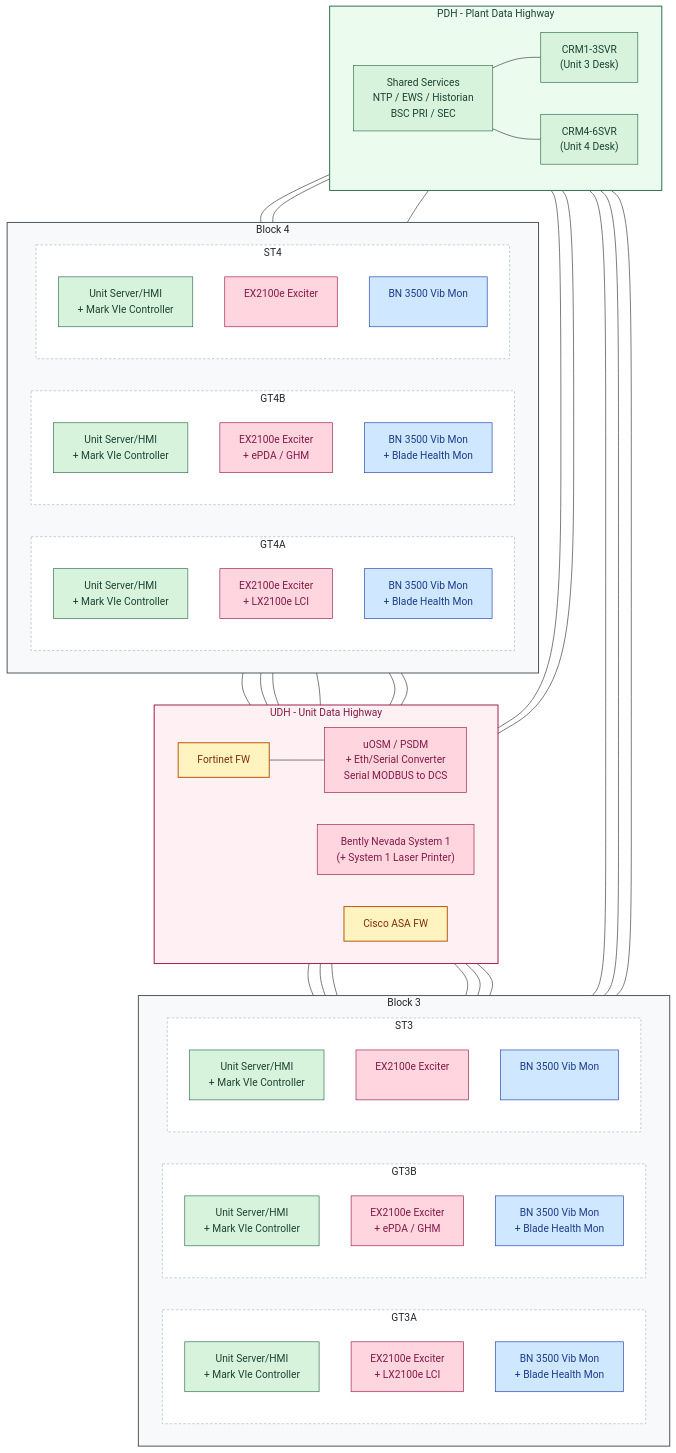
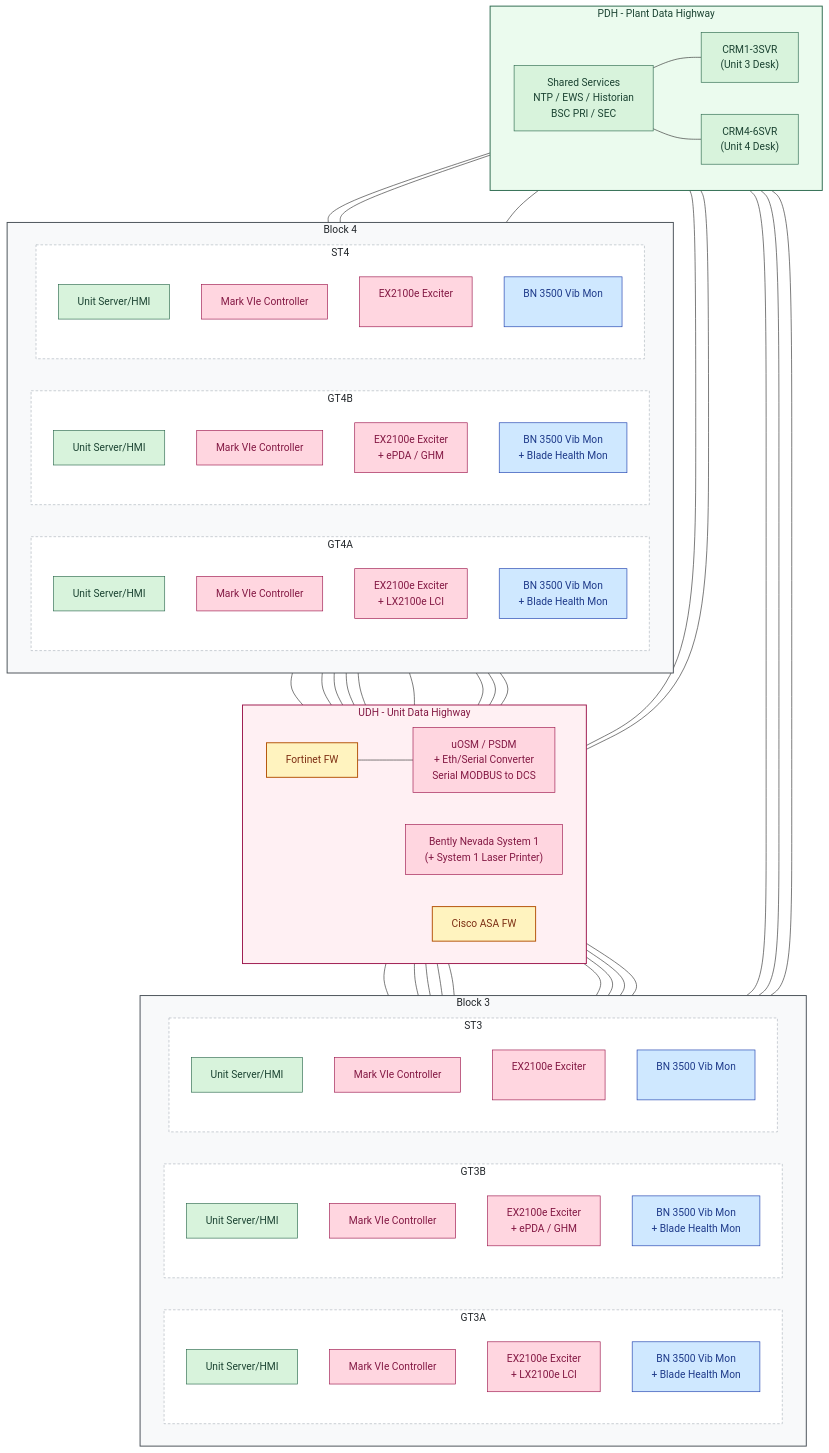
Before and after one commit to polittba/MV-BESS: the first of 2 diagrams in docs-MVOverallControls/MV-Baseline-Mark VIe TC.md, drawn with Mermaid. The commit also changed other lines of this file, not shown here.

First line of the commit message:
docs(MVOverallControls): refine GE Mark VIe TC baseline

```diff
--- a/docs-MVOverallControls/MV-Baseline-Mark VIe TC.md
+++ b/docs-MVOverallControls/MV-Baseline-Mark VIe TC.md
@@ -78,19 +78,22 @@
         direction LR
         subgraph GT3A["GT3A"]
             direction TB
-            GT3A_HMI["Unit Server/HMI<br/>+ Mark VIe Controller"]
+            GT3A_HMI["Unit Server/HMI"]
+            GT3A_MK["Mark VIe Controller"]
             GT3A_EXC["EX2100e Exciter<br/>+ LX2100e LCI"]
             GT3A_BN["BN 3500 Vib Mon<br/>+ Blade Health Mon"]
         end
         subgraph GT3B["GT3B"]
             direction TB
-            GT3B_HMI["Unit Server/HMI<br/>+ Mark VIe Controller"]
+            GT3B_HMI["Unit Server/HMI"]
+            GT3B_MK["Mark VIe Controller"]
             GT3B_EXC["EX2100e Exciter<br/>+ ePDA / GHM"]
             GT3B_BN["BN 3500 Vib Mon<br/>+ Blade Health Mon"]
         end
         subgraph ST3["ST3"]
             direction TB
-            ST3_HMI["Unit Server/HMI<br/>+ Mark VIe Controller"]
+            ST3_HMI["Unit Server/HMI"]
+            ST3_MK["Mark VIe Controller"]
             ST3_EXC["EX2100e Exciter<br/>&nbsp;"]
             ST3_BN["BN 3500 Vib Mon<br/>&nbsp;"]
         end
@@ -110,19 +113,22 @@
         direction LR
         subgraph GT4A["GT4A"]
             direction TB
-            GT4A_HMI["Unit Server/HMI<br/>+ Mark VIe Controller"]
+            GT4A_HMI["Unit Server/HMI"]
+            GT4A_MK["Mark VIe Controller"]
             GT4A_EXC["EX2100e Exciter<br/>+ LX2100e LCI"]
             GT4A_BN["BN 3500 Vib Mon<br/>+ Blade Health Mon"]
         end
         subgraph GT4B["GT4B"]
             direction TB
-            GT4B_HMI["Unit Server/HMI<br/>+ Mark VIe Controller"]
+            GT4B_HMI["Unit Server/HMI"]
+            GT4B_MK["Mark VIe Controller"]
             GT4B_EXC["EX2100e Exciter<br/>+ ePDA / GHM"]
             GT4B_BN["BN 3500 Vib Mon<br/>+ Blade Health Mon"]
         end
         subgraph ST4["ST4"]
             direction TB
-            ST4_HMI["Unit Server/HMI<br/>+ Mark VIe Controller"]
+            ST4_HMI["Unit Server/HMI"]
+            ST4_MK["Mark VIe Controller"]
             ST4_EXC["EX2100e Exciter<br/>&nbsp;"]
             ST4_BN["BN 3500 Vib Mon<br/>&nbsp;"]
         end
@@ -143,6 +149,14 @@
     CRM4 --- GT4A_HMI
     CRM4 --- GT4B_HMI
     CRM4 --- ST4_HMI
+
+    %% UDH (post-ASA) to per-unit Mark VIe Controllers
+    ASA --- GT3A_MK
+    ASA --- GT3B_MK
+    ASA --- ST3_MK
+    ASA --- GT4A_MK
+    ASA --- GT4B_MK
+    ASA --- ST4_MK
 
     %% UDH (post-ASA) to unit excitation/starting
     ASA --- GT3A_EXC
@@ -168,7 +182,7 @@
 
     %% ---- Node class assignments ----
     class SHARED,CRM3,CRM4,GT3A_HMI,GT3B_HMI,ST3_HMI,GT4A_HMI,GT4B_HMI,ST4_HMI pdh
-    class OSM,BNS1,GT3A_EXC,GT3B_EXC,ST3_EXC,GT4A_EXC,GT4B_EXC,ST4_EXC udh
+    class OSM,BNS1,GT3A_MK,GT3B_MK,ST3_MK,GT4A_MK,GT4B_MK,ST4_MK,GT3A_EXC,GT3B_EXC,ST3_EXC,GT4A_EXC,GT4B_EXC,ST4_EXC udh
     class GT3A_BN,GT3B_BN,ST3_BN,GT4A_BN,GT4B_BN,ST4_BN bn
     class FORTI,ASA fw
 
```
